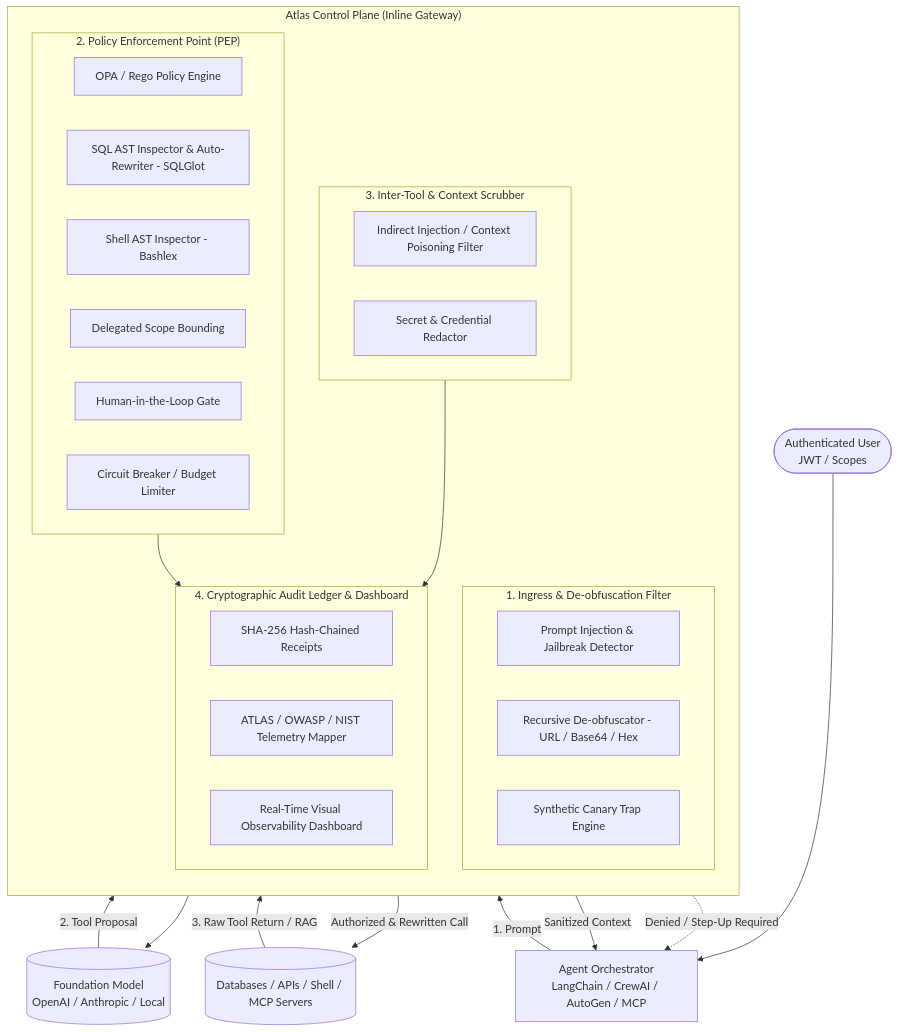
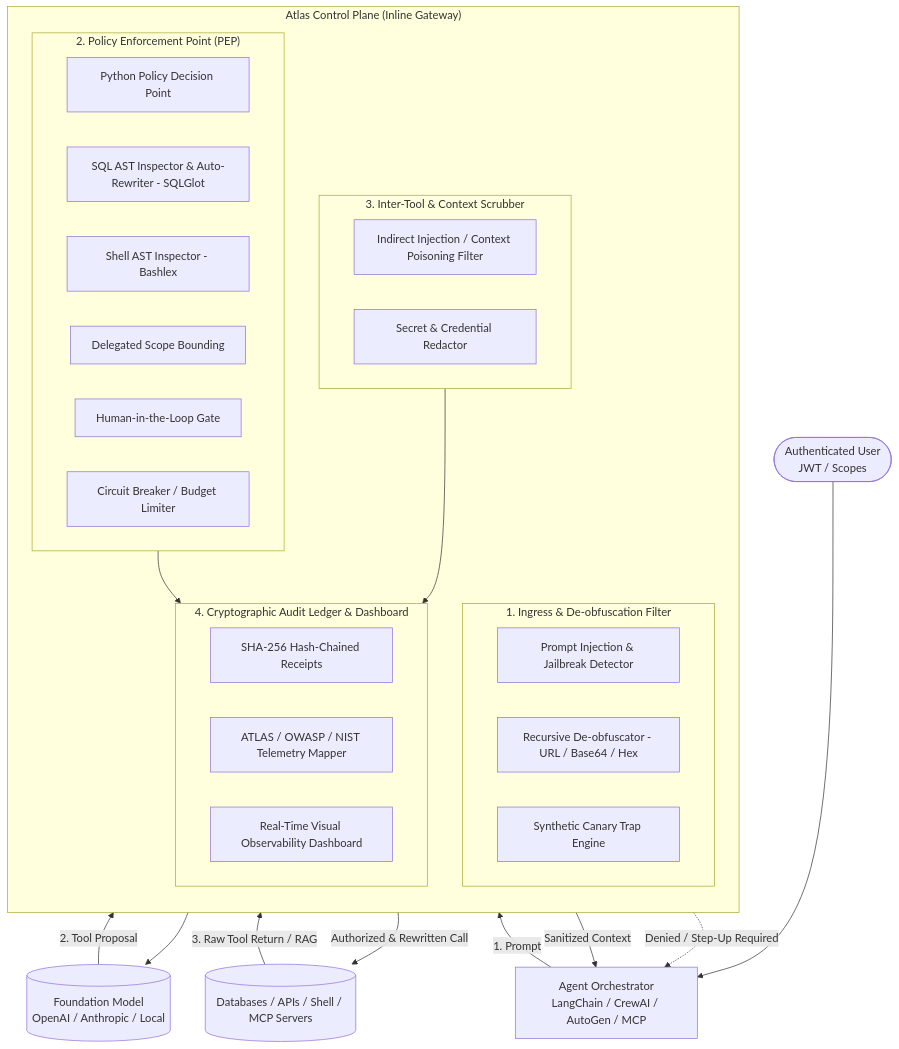
Before and after one commit to Samuelabhinav37/Atlas: the diagram in README.md, drawn with Mermaid. The commit also changed other lines of this file and 6 other files, not shown here.

First line of the commit message:
docs: correct OPA/Rego claims to match actual Python-native enforcement

````diff
--- a/README.md
+++ b/README.md
@@ -43,47 +43,47 @@
 ```mermaid
 flowchart TB
     User([Authenticated User\nJWT / Scopes]) --> Orchestrator[Agent Orchestrator\nLangChain / CrewAI / AutoGen / MCP]
     
     subgraph Atlas[" Atlas Control Plane (Inline Gateway) "]
         direction TB
         
         subgraph Ingress[" 1. Ingress & De-obfuscation Filter "]
             PI[Prompt Injection & Jailbreak Detector]
             Deob[Recursive De-obfuscator - URL / Base64 / Hex]
             Canary[Synthetic Canary Trap Engine]
         end
         
         subgraph PEP[" 2. Policy Enforcement Point (PEP) "]
-            OPA[OPA / Rego Policy Engine]
+            PDP[Python Policy Decision Point]
             SQLAST[SQL AST Inspector & Auto-Rewriter - SQLGlot]
             ShellAST[Shell AST Inspector - Bashlex]
             AuthZen[Delegated Scope Bounding]
             StepUp[Human-in-the-Loop Gate]
             LoopGuard[Circuit Breaker / Budget Limiter]
         end
         
         subgraph Scrubber[" 3. Inter-Tool & Context Scrubber "]
             IndirectPI[Indirect Injection / Context Poisoning Filter]
             SecretScrub[Secret & Credential Redactor]
         end
         
         subgraph Audit[" 4. Cryptographic Audit Ledger & Dashboard "]
             HashChain[SHA-256 Hash-Chained Receipts]
             Taxonomy[ATLAS / OWASP / NIST Telemetry Mapper]
             UI[Real-Time Visual Observability Dashboard]
         end
     end
     
     Orchestrator -->|1. Prompt| Ingress
     Ingress --> LLM[(Foundation Model\nOpenAI / Anthropic / Local)]
     
     LLM -->|2. Tool Proposal| PEP
     PEP -->|Authorized & Rewritten Call| Tools[(Databases / APIs / Shell / MCP Servers)]
     PEP -.->|Denied / Step-Up Required| Orchestrator
     
     Tools -->|3. Raw Tool Return / RAG| Scrubber
     Scrubber -->|Sanitized Context| Orchestrator
     
     PEP --> Audit
     Scrubber --> Audit
 ```
````
